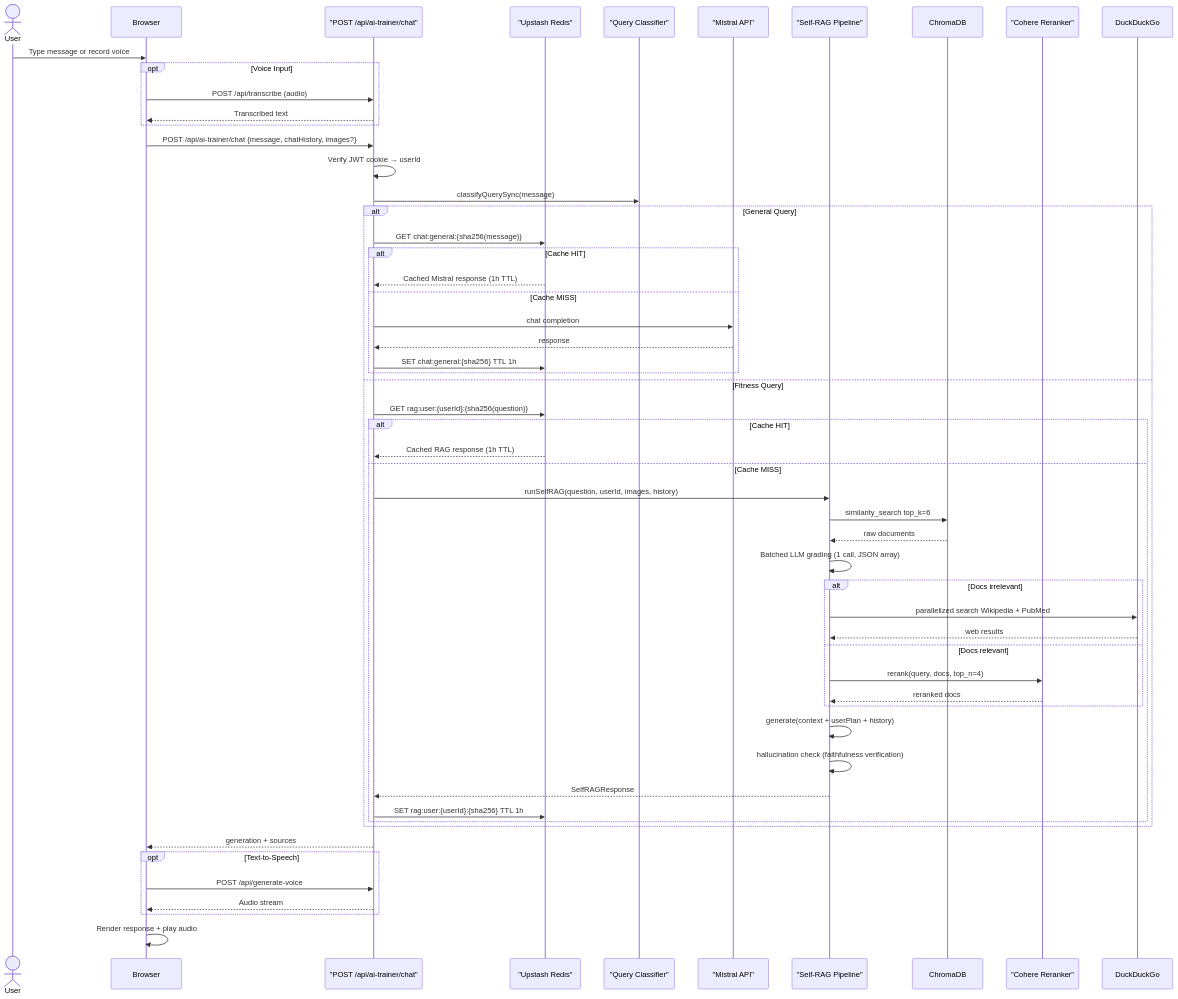
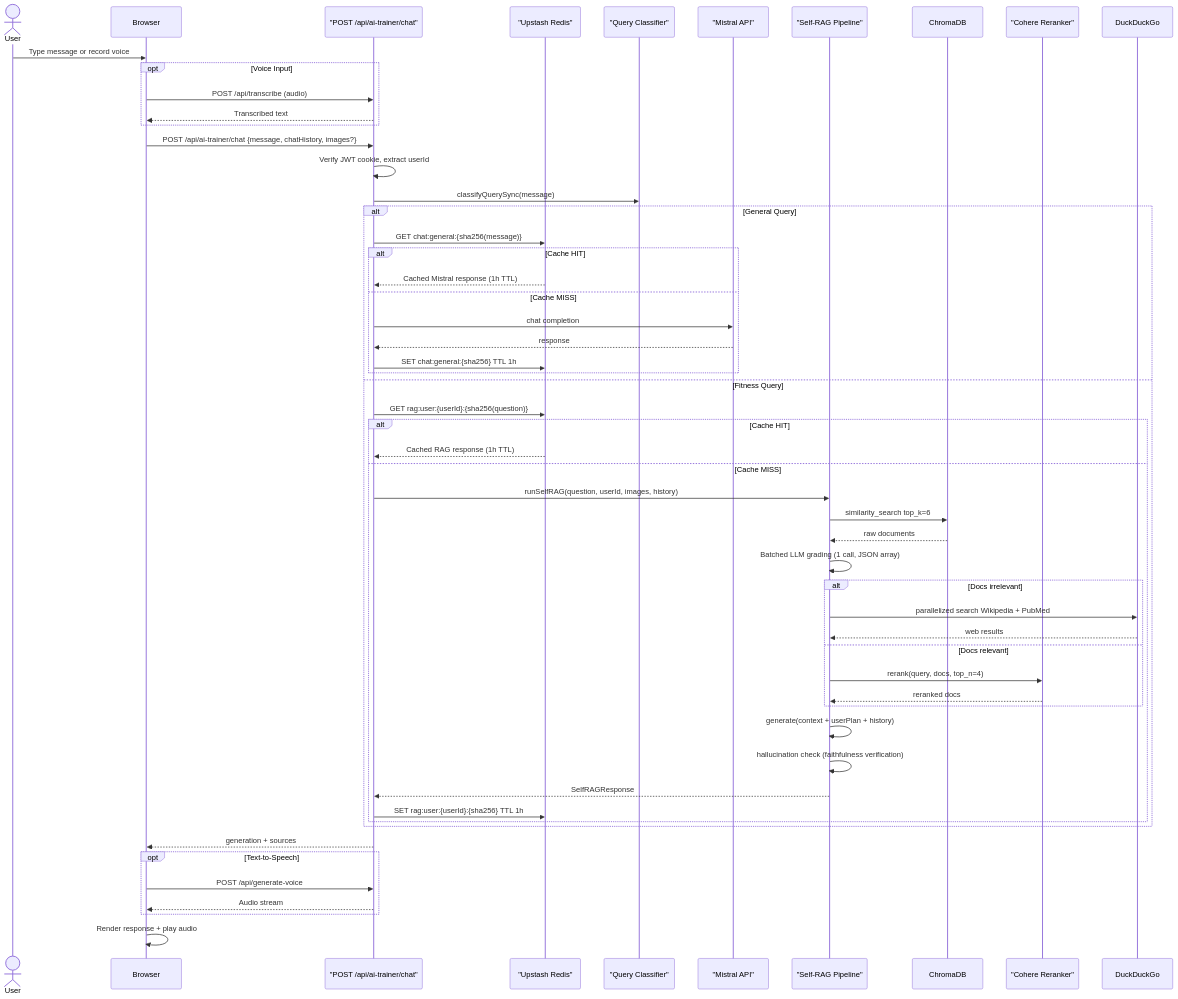
One commit to NEhIL06/zenfit changed the eighth of 14 diagrams in README.md. Above: the diagram before and after it, drawn with Mermaid. The commit also changed other lines of this file, not shown here.

Commit message:
docs: update README.md architecture and schema diagrams

````diff
--- a/README.md
+++ b/README.md
@@ -308,62 +303,62 @@
 ```mermaid
 sequenceDiagram
     actor User
     participant Browser
     participant TrainerAPI as "POST /api/ai-trainer/chat"
     participant Redis as "Upstash Redis"
     participant Classifier as "Query Classifier"
     participant MistralAPI as "Mistral API"
     participant SelfRAG as "Self-RAG Pipeline"
     participant ChromaDB
     participant Cohere as "Cohere Reranker"
     participant DuckDuckGo
 
     User->>Browser: Type message or record voice
     opt Voice Input
         Browser->>TrainerAPI: POST /api/transcribe (audio)
         TrainerAPI-->>Browser: Transcribed text
     end
 
     Browser->>TrainerAPI: POST /api/ai-trainer/chat {message, chatHistory, images?}
-    TrainerAPI->>TrainerAPI: Verify JWT cookie → userId
+    TrainerAPI->>TrainerAPI: Verify JWT cookie, extract userId
     TrainerAPI->>Classifier: classifyQuerySync(message)
 
     alt General Query
         TrainerAPI->>Redis: GET chat:general:{sha256(message)}
         alt Cache HIT
             Redis-->>TrainerAPI: Cached Mistral response (1h TTL)
         else Cache MISS
             TrainerAPI->>MistralAPI: chat completion
             MistralAPI-->>TrainerAPI: response
             TrainerAPI->>Redis: SET chat:general:{sha256} TTL 1h
         end
     else Fitness Query
         TrainerAPI->>Redis: GET rag:user:{userId}:{sha256(question)}
         alt Cache HIT
             Redis-->>TrainerAPI: Cached RAG response (1h TTL)
         else Cache MISS
             TrainerAPI->>SelfRAG: runSelfRAG(question, userId, images, history)
             SelfRAG->>ChromaDB: similarity_search top_k=6
             ChromaDB-->>SelfRAG: raw documents
             SelfRAG->>SelfRAG: Batched LLM grading (1 call, JSON array)
             alt Docs irrelevant
                 SelfRAG->>DuckDuckGo: parallelized search Wikipedia + PubMed
                 DuckDuckGo-->>SelfRAG: web results
             else Docs relevant
                 SelfRAG->>Cohere: rerank(query, docs, top_n=4)
                 Cohere-->>SelfRAG: reranked docs
             end
             SelfRAG->>SelfRAG: generate(context + userPlan + history)
             SelfRAG->>SelfRAG: hallucination check (faithfulness verification)
             SelfRAG-->>TrainerAPI: SelfRAGResponse
             TrainerAPI->>Redis: SET rag:user:{userId}:{sha256} TTL 1h
         end
     end
 
     TrainerAPI-->>Browser: generation + sources
     opt Text-to-Speech
         Browser->>TrainerAPI: POST /api/generate-voice
         TrainerAPI-->>Browser: Audio stream
     end
     Browser->>Browser: Render response + play audio
 ```
````
